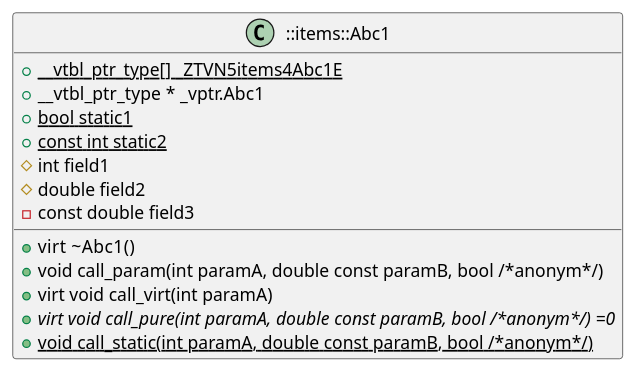
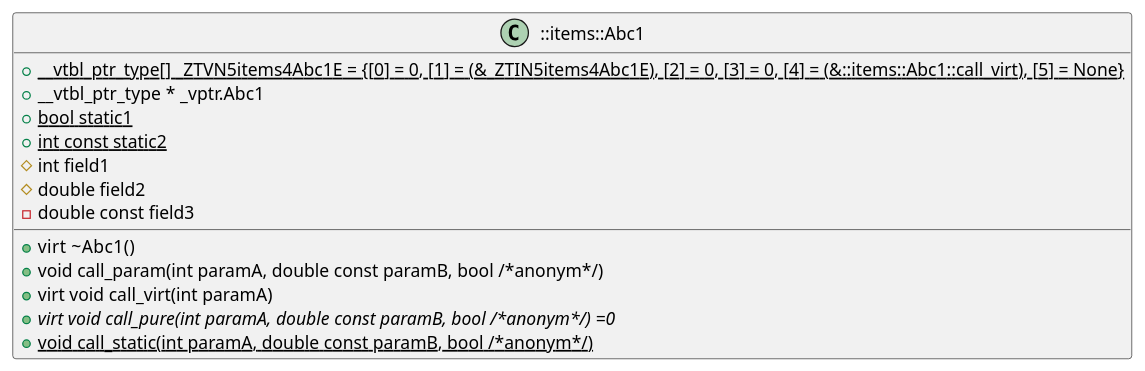
Before and after one commit to anetczuk/gcc-uml: the diagram in examples/inheritgraph/cpp_simple.cpp.puml, drawn with PlantUML. The commit also changed 29 other files, not shown here.

Commit message:
Show virtual table on inheritance graph

```diff
--- a/examples/inheritgraph/cpp_simple.cpp.puml
+++ b/examples/inheritgraph/cpp_simple.cpp.puml
@@ -1,19 +1,19 @@
 @startuml
 
 class "::items::Abc1" as item_0 {
-    {field} {static} + __vtbl_ptr_type[] _ZTVN5items4Abc1E
+    {field} {static} + __vtbl_ptr_type[] _ZTVN5items4Abc1E = {[0] = 0, [1] = (&_ZTIN5items4Abc1E), [2] = 0, [3] = 0, [4] = (&::items::Abc1::call_virt), [5] = None}
     {field} + __vtbl_ptr_type * _vptr.Abc1
     {field} {static} + bool static1
-    {field} {static} + const int static2
+    {field} {static} + int const static2
     {field} # int field1
     {field} # double field2
-    {field} - const double field3
+    {field} - double const field3
     {method} +virt  ~Abc1() 
     {method} + void call_param(int paramA, double const paramB, bool /*anonym*/) 
     {method} +virt void call_virt(int paramA) 
     {method} {abstract} +virt void call_pure(int paramA, double const paramB, bool /*anonym*/) =0
     {method} {static} + void call_static(int paramA, double const paramB, bool /*anonym*/) 
 }
 
 
 @enduml
```
